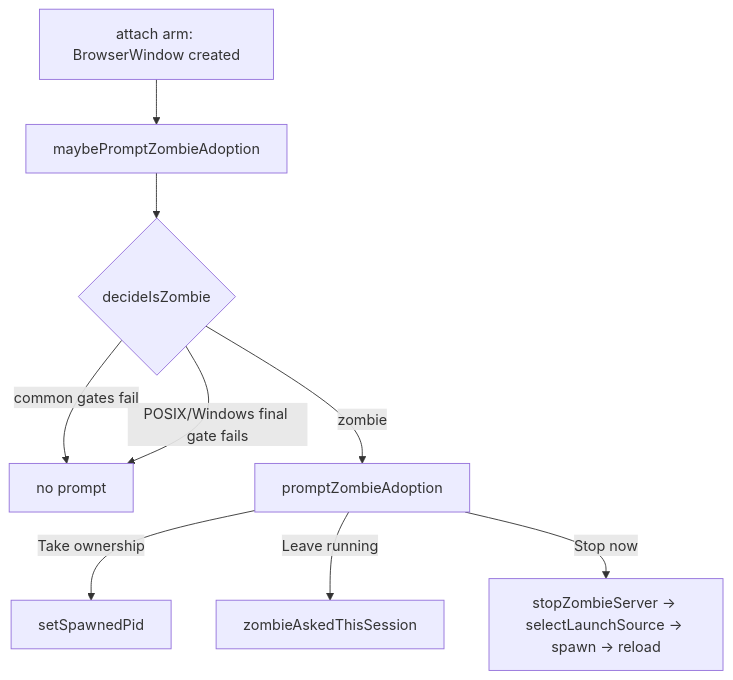
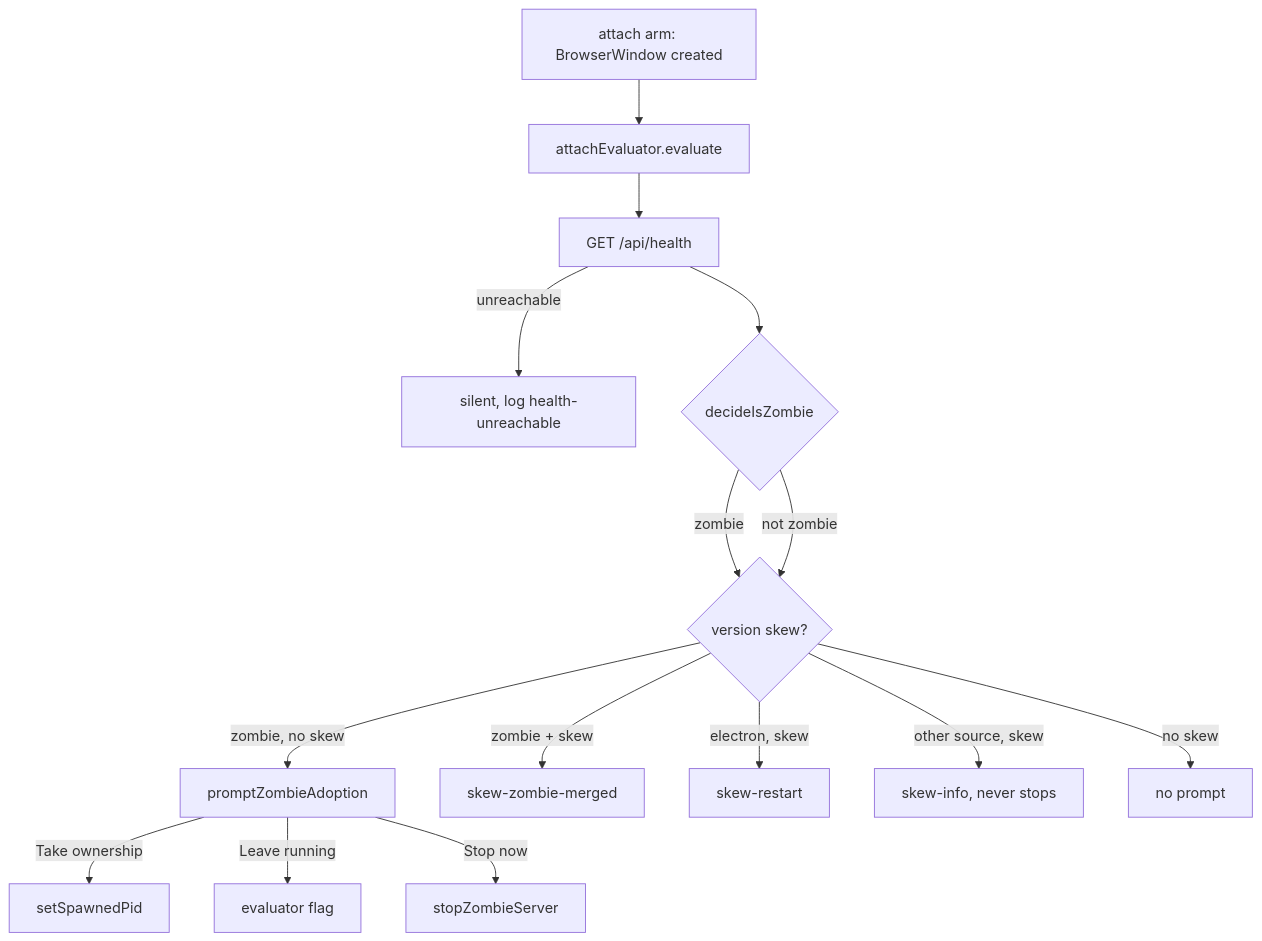
Before and after one commit to BlackBeltTechnology/pi-agent-dashboard: the third of 3 diagrams in docs/electron-bootstrap-flow.md, drawn with Mermaid. The commit also changed other lines of this file and 67 other files, not shown here.

Commit message:
feat(electron): attach-time version-skew check (electron-attach-version-skew)

````diff
--- a/docs/electron-bootstrap-flow.md
+++ b/docs/electron-bootstrap-flow.md
@@ -211,11 +220,17 @@
 ```mermaid
 flowchart TD
-  A[attach arm: BrowserWindow created] --> B[maybePromptZombieAdoption]
-  B --> C{decideIsZombie}
-  C -->|common gates fail| Z[no prompt]
-  C -->|POSIX/Windows final gate fails| Z
-  C -->|zombie| M[promptZombieAdoption]
+  A[attach arm: BrowserWindow created] --> B[attachEvaluator.evaluate]
+  B --> H[GET /api/health]
+  H -->|unreachable| Q[silent, log health-unreachable]
+  H --> C{decideIsZombie}
+  C -->|zombie| E{version skew?}
+  C -->|not zombie| E
+  E -->|zombie, no skew| M[promptZombieAdoption]
+  E -->|zombie + skew| MM[skew-zombie-merged]
+  E -->|electron, skew| SR[skew-restart]
+  E -->|other source, skew| SI[skew-info, never stops]
+  E -->|no skew| Z[no prompt]
   M -->|Take ownership| O[setSpawnedPid]
-  M -->|Leave running| L[zombieAskedThisSession]
-  M -->|Stop now| S[stopZombieServer → selectLaunchSource → spawn → reload]
+  M -->|Leave running| L[evaluator flag]
+  M -->|Stop now| S[stopZombieServer]
 ```
````
